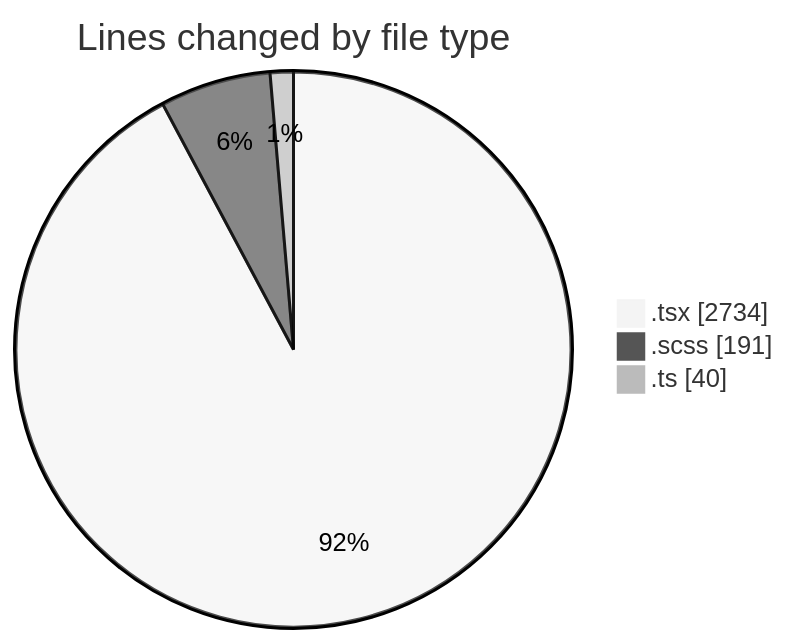
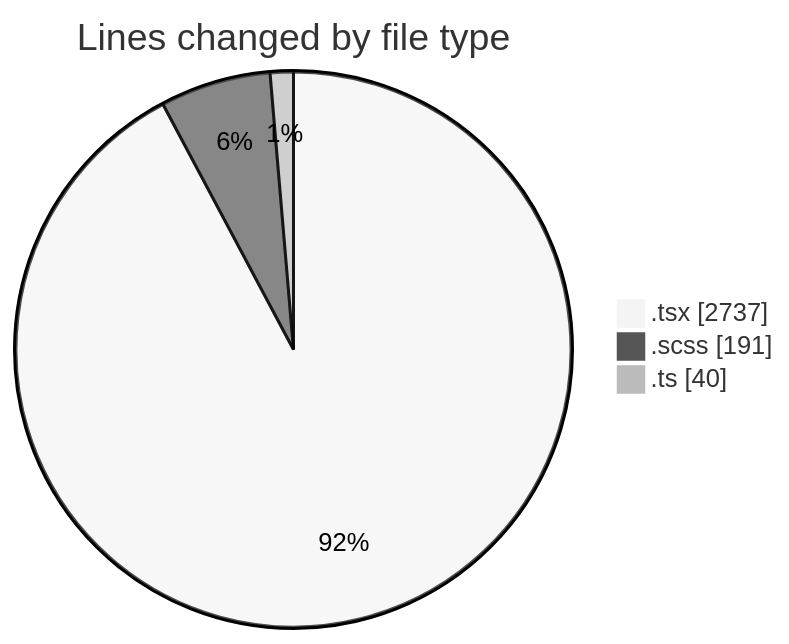
Before and after one commit to momahboobian/code-tracking: the first of 2 diagrams in 2025-04-04/cda/README.md, drawn with Mermaid (neutral theme). The commit also changed other lines of this file and 1 other file, not shown here.

````diff
--- a/2025-04-04/cda/README.md
+++ b/2025-04-04/cda/README.md
@@ -32,7 +32,7 @@
 ```mermaid
 pie showData
 title Lines changed by file type
-".tsx" : 2734
+".tsx" : 2737
 ".scss" : 191
 ".ts" : 40
 ```
````
